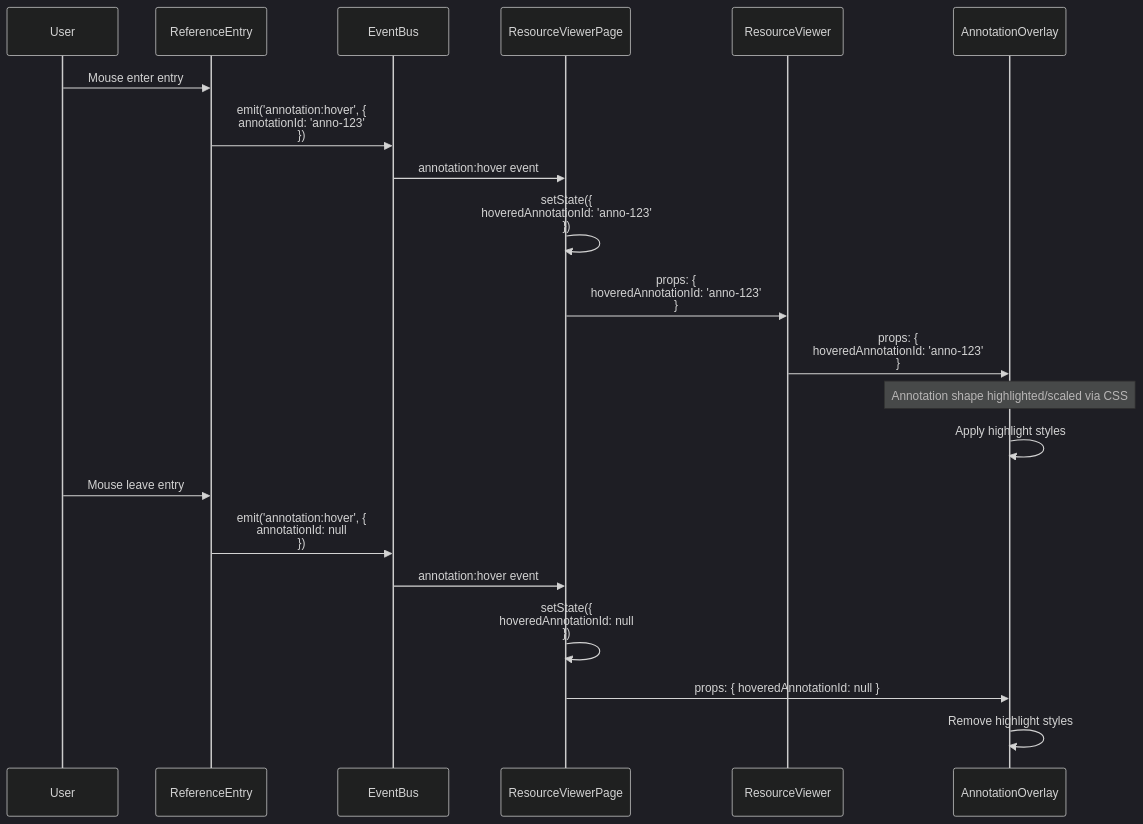
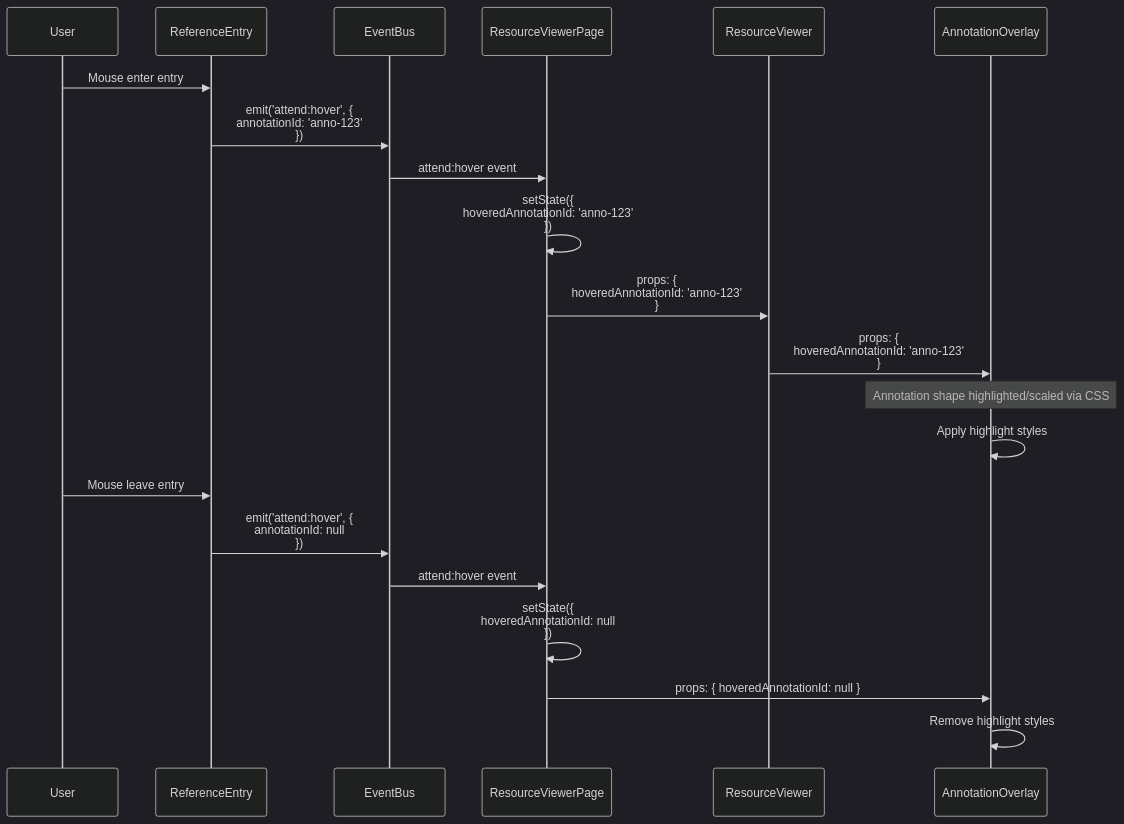
The third of 3 diagrams in packages/react-ui/docs/ANNOTATION-CLICK.md (The-AI-Alliance/semiont), drawn with Mermaid (dark theme) before and after one commit. The commit also changed other lines of this file and 290 other files, not shown here.

````diff
--- a/packages/react-ui/docs/ANNOTATION-CLICK.md
+++ b/packages/react-ui/docs/ANNOTATION-CLICK.md
@@ -248,31 +248,31 @@
 ```mermaid
 sequenceDiagram
     participant User
     participant Entry as ReferenceEntry
     participant Bus as EventBus
     participant Page as ResourceViewerPage
     participant Viewer as ResourceViewer
     participant Overlay as AnnotationOverlay
 
     User->>Entry: Mouse enter entry
-    Entry->>Bus: emit('annotation:hover', {<br/>  annotationId: 'anno-123'<br/>})
-    Bus->>Page: annotation:hover event
+    Entry->>Bus: emit('attend:hover', {<br/>  annotationId: 'anno-123'<br/>})
+    Bus->>Page: attend:hover event
 
     Page->>Page: setState({<br/>  hoveredAnnotationId: 'anno-123'<br/>})
 
     Page->>Viewer: props: {<br/>  hoveredAnnotationId: 'anno-123'<br/>}
     Viewer->>Overlay: props: {<br/>  hoveredAnnotationId: 'anno-123'<br/>}
 
     Note over Overlay: Annotation shape highlighted/scaled via CSS
 
     Overlay->>Overlay: Apply highlight styles
 
     User->>Entry: Mouse leave entry
-    Entry->>Bus: emit('annotation:hover', {<br/>  annotationId: null<br/>})
-    Bus->>Page: annotation:hover event
+    Entry->>Bus: emit('attend:hover', {<br/>  annotationId: null<br/>})
+    Bus->>Page: attend:hover event
 
     Page->>Page: setState({<br/>  hoveredAnnotationId: null<br/>})
 
     Page->>Overlay: props: { hoveredAnnotationId: null }
     Overlay->>Overlay: Remove highlight styles
 ```
````
